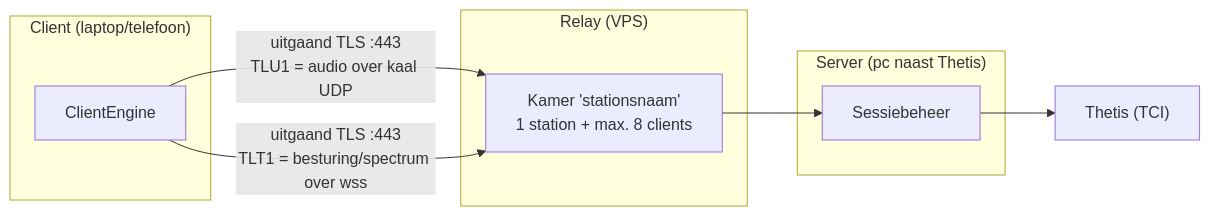
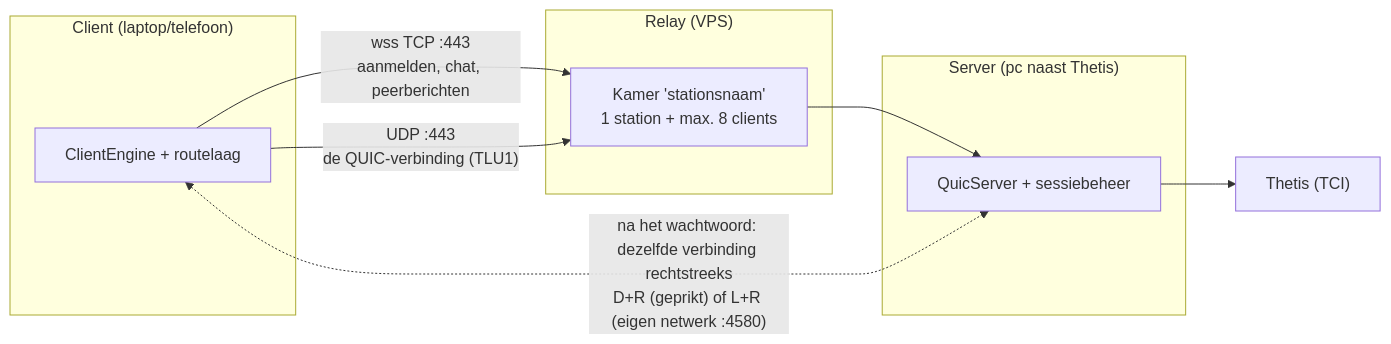
Before and after one commit to cjenschede/ThetisLink: the second of 7 diagrams in Technische-Referentie.md, drawn with Mermaid. The commit also changed other lines of this file and 185 other files, not shown here.

````diff
--- a/Technische-Referentie.md
+++ b/Technische-Referentie.md
@@ -278,16 +306,17 @@
 ```mermaid
 flowchart LR
     subgraph C["Client (laptop/telefoon)"]
-        CE["ClientEngine"]
+        CE["ClientEngine + routelaag"]
     end
     subgraph R["Relay (VPS)"]
         Room["Kamer 'stationsnaam'<br>1 station + max. 8 clients"]
     end
     subgraph S["Server (pc naast Thetis)"]
-        SS["Sessiebeheer"]
+        SS["QuicServer + sessiebeheer"]
     end
-    CE -->|"uitgaand TLS :443<br>TLU1 = audio over kaal UDP"| Room
-    CE -->|"uitgaand TLS :443<br>TLT1 = besturing/spectrum over wss"| Room
+    CE -->|"wss TCP :443<br>aanmelden, chat, peerberichten"| Room
+    CE -->|"UDP :443<br>de QUIC-verbinding (TLU1)"| Room
     Room --> SS
+    CE <-.->|"na het wachtwoord: dezelfde verbinding rechtstreeks<br>D+R (geprikt) of L+R (eigen netwerk :4580)"| SS
     SS --> Thetis["Thetis (TCI)"]
 ```
````
